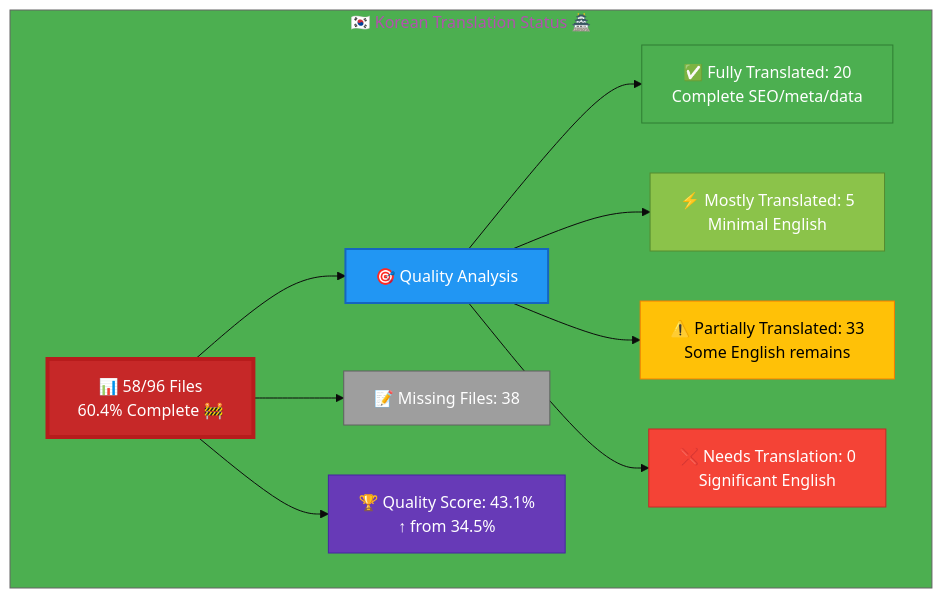
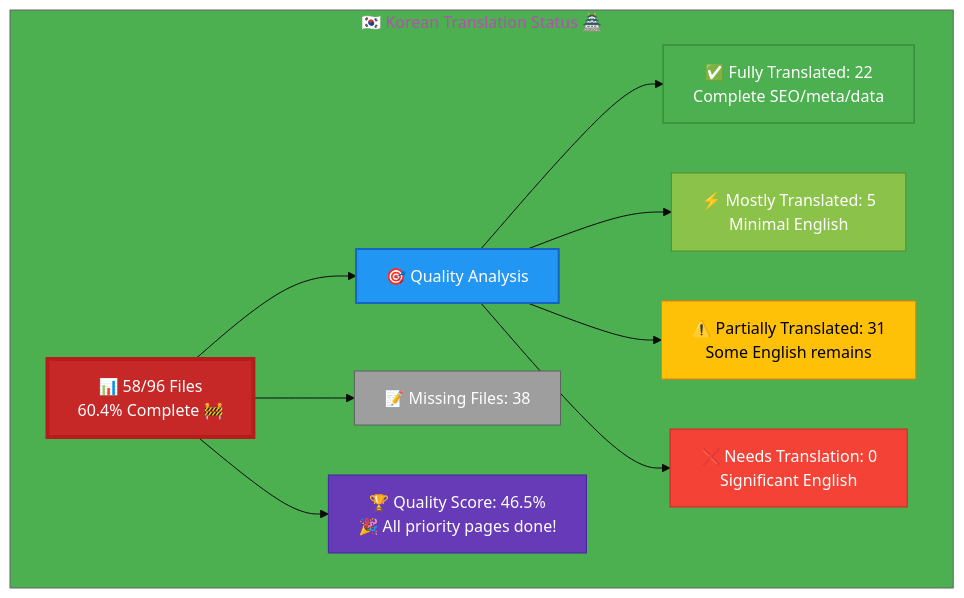
The diagram in Korean-Translation-Status.md (Hack23/homepage), drawn with Mermaid before and after one commit. The commit also changed other lines of this file, not shown here.

Commit message:
Update Korean-Translation-Status.md - Step 1 complete, all product pages 100%

````diff
--- a/Korean-Translation-Status.md
+++ b/Korean-Translation-Status.md
@@ -12,26 +12,26 @@
 ```mermaid
 %%{init: {'theme':'base', 'themeVariables': {'primaryColor':'#C62828','secondaryColor':'#2196F3','tertiaryColor':'#4CAF50','fontSize':'16px'}}}%%
 graph TB
     subgraph "🇰🇷 Korean Translation Status 🏯"
         A["📊 58/96 Files<br/>60.4% Complete 🚧"]
         
         A --> B["🎯 Quality Analysis"]
-        B --> C["✅ Fully Translated: 20<br/>Complete SEO/meta/data"]
+        B --> C["✅ Fully Translated: 22<br/>Complete SEO/meta/data"]
         B --> D["⚡ Mostly Translated: 5<br/>Minimal English"]
-        B --> E["⚠️  Partially Translated: 33<br/>Some English remains"]
+        B --> E["⚠️  Partially Translated: 31<br/>Some English remains"]
         B --> F["❌ Needs Translation: 0<br/>Significant English"]
         
         A --> G["📝 Missing Files: 38"]
         
-        A --> H["🏆 Quality Score: 43.1%<br/>↑ from 34.5%"]
+        A --> H["🏆 Quality Score: 46.5%<br/>🎉 All priority pages done!"]
         
         style A fill:#C62828,stroke:#B71C1C,color:#fff,stroke-width:4px
         style B fill:#2196F3,stroke:#1565C0,color:#fff,stroke-width:2px
         style C fill:#4CAF50,stroke:#2E7D32,color:#fff
         style D fill:#8BC34A,stroke:#558B2F,color:#fff
         style E fill:#FFC107,stroke:#F57C00,color:#000
         style F fill:#F44336,stroke:#C62828,color:#fff
         style G fill:#9E9E9E,stroke:#616161,color:#fff
         style H fill:#673AB7,stroke:#4527A0,color:#fff
     end
 ```
````
